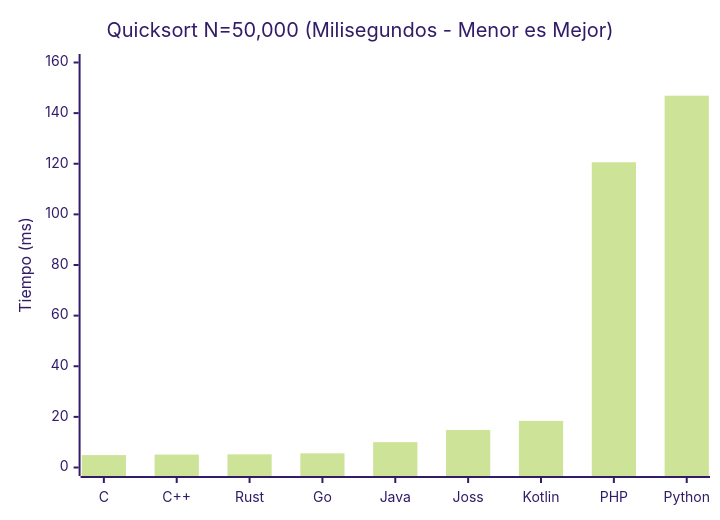
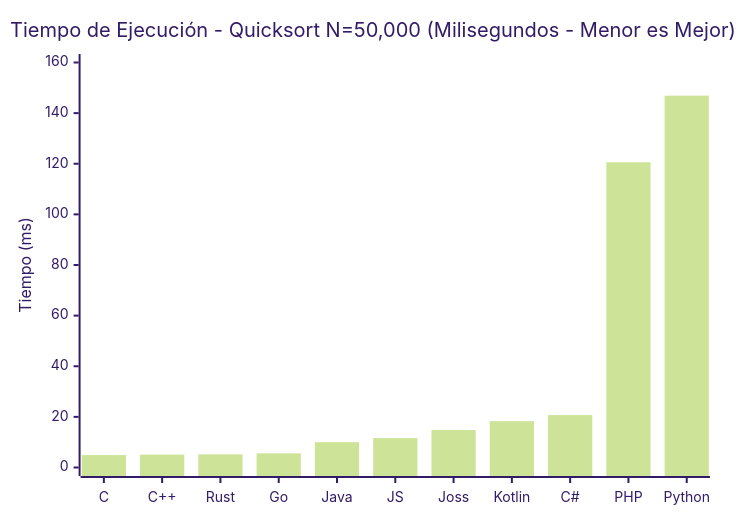
The second of 5 diagrams in branchmark.md (joss-language/Joss-Programming-Language), drawn with Mermaid (forest theme) before and after one commit. The commit also changed other lines of this file and 12 other files, not shown here.

Commit message:
docs(benchmarks): rewrite branchmark.md for Joss v3.6.8.0 adding Águila, JavaScript (V8) and C# (.NET 10)

````diff
--- a/branchmark.md
+++ b/branchmark.md
@@ -130,7 +141,7 @@
 ```mermaid
 xychart-beta
-    title "Quicksort N=50,000 (Milisegundos - Menor es Mejor)"
-    x-axis ["C", "C++", "Rust", "Go", "Java", "Joss", "Kotlin", "PHP", "Python"]
+    title "Tiempo de Ejecución - Quicksort N=50,000 (Milisegundos - Menor es Mejor)"
+    x-axis ["C", "C++", "Rust", "Go", "Java", "JS", "Joss", "Kotlin", "C#", "PHP", "Python"]
     y-axis "Tiempo (ms)" 0 --> 160
-    bar [4.9, 5.1, 5.2, 5.6, 10.0, 14.8, 18.4, 120.6, 146.9]
+    bar [4.9, 5.1, 5.2, 5.6, 10.0, 11.6, 14.8, 18.3, 20.7, 120.6, 146.9]
 ```
````
